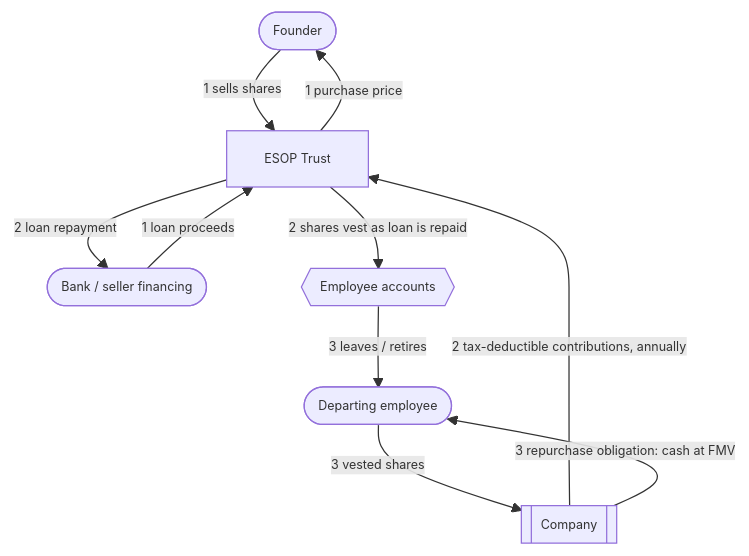
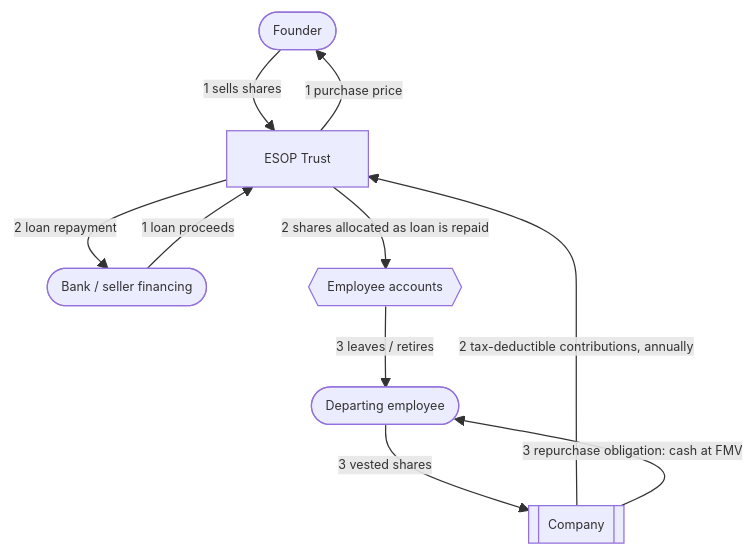
The first of 2 diagrams in governance/commons-hub-pattern.md (doikayt/admin), drawn with Mermaid before and after one commit. The commit also changed other lines of this file, not shown here.

First line of the commit message:
docs: distinguish share allocation from vesting in ESOP diagram

````diff
--- a/governance/commons-hub-pattern.md
+++ b/governance/commons-hub-pattern.md
@@ -404,20 +404,20 @@
 ```mermaid
 %%{init: {"themeVariables": {"fontSize": "10px"}}}%%
 flowchart TD
     Founder([Founder])
     Lender([Bank / seller financing])
     Trust[ESOP Trust]
     Company[[Company]]
     Employees{{Employee accounts}}
     Departing([Departing employee])
 
     Founder -- "1 sells shares" --> Trust
     Lender -- "1 loan proceeds" --> Trust
     Trust -- "1 purchase price" --> Founder
     Company -- "2 tax-deductible contributions, annually" --> Trust
     Trust -- "2 loan repayment" --> Lender
-    Trust -- "2 shares vest as loan is repaid" --> Employees
+    Trust -- "2 shares allocated as loan is repaid" --> Employees
     Employees -- "3 leaves / retires" --> Departing
     Departing -- "3 vested shares" --> Company
     Company -- "3 repurchase obligation: cash at FMV" --> Departing
 ```
````
